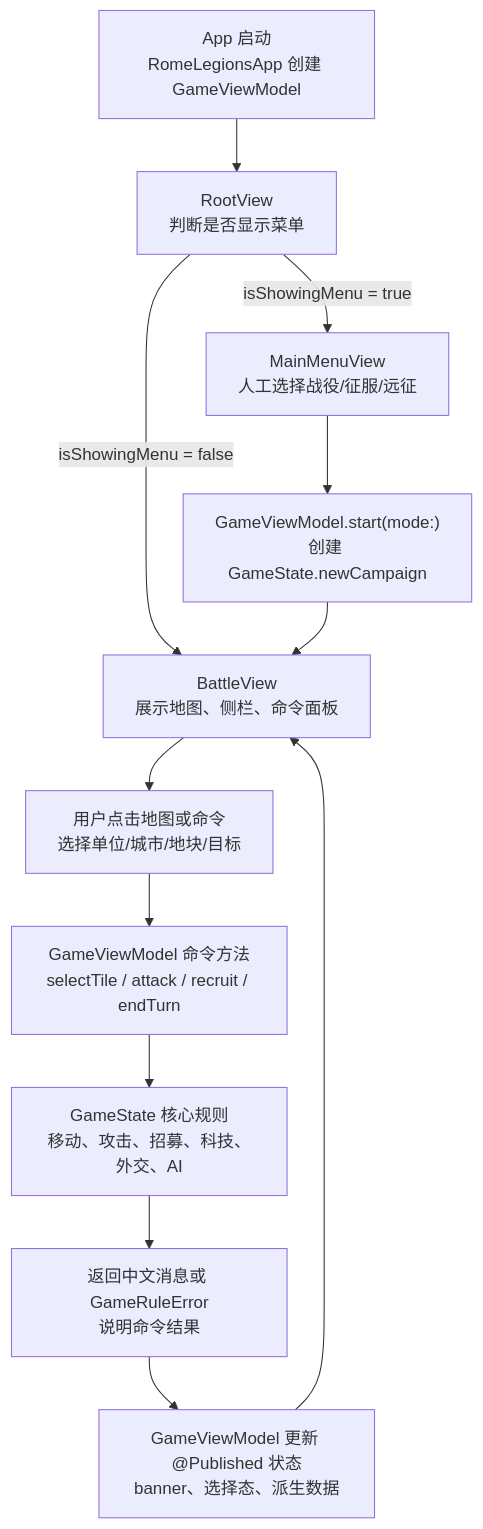
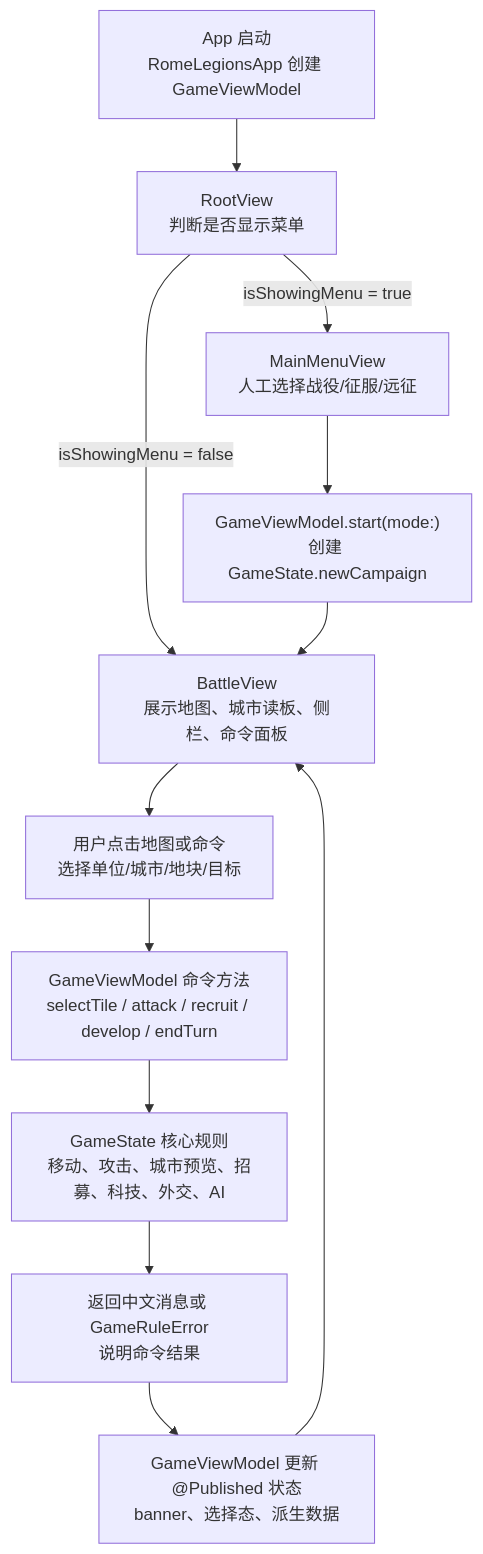
Before and after one commit to Altman-sam114/119: the first of 7 diagrams in md/flow/flowchart.md, drawn with Mermaid. The commit also changed other lines of this file and 12 other files, not shown here.

````diff
--- a/md/flow/flowchart.md
+++ b/md/flow/flowchart.md
@@ -9,14 +9,14 @@
 ```mermaid
 flowchart TD
     A["App 启动<br/>RomeLegionsApp 创建 GameViewModel"] --> B["RootView<br/>判断是否显示菜单"]
     B -->|isShowingMenu = true| C["MainMenuView<br/>人工选择战役/征服/远征"]
     C --> D["GameViewModel.start(mode:)<br/>创建 GameState.newCampaign"]
-    B -->|isShowingMenu = false| E["BattleView<br/>展示地图、侧栏、命令面板"]
+    B -->|isShowingMenu = false| E["BattleView<br/>展示地图、城市读板、侧栏、命令面板"]
     D --> E
     E --> F["用户点击地图或命令<br/>选择单位/城市/地块/目标"]
-    F --> G["GameViewModel 命令方法<br/>selectTile / attack / recruit / endTurn"]
-    G --> H["GameState 核心规则<br/>移动、攻击、招募、科技、外交、AI"]
+    F --> G["GameViewModel 命令方法<br/>selectTile / attack / recruit / develop / endTurn"]
+    G --> H["GameState 核心规则<br/>移动、攻击、城市预览、招募、科技、外交、AI"]
     H --> I["返回中文消息或 GameRuleError<br/>说明命令结果"]
     I --> J["GameViewModel 更新 @Published 状态<br/>banner、选择态、派生数据"]
     J --> E
 ```
````
